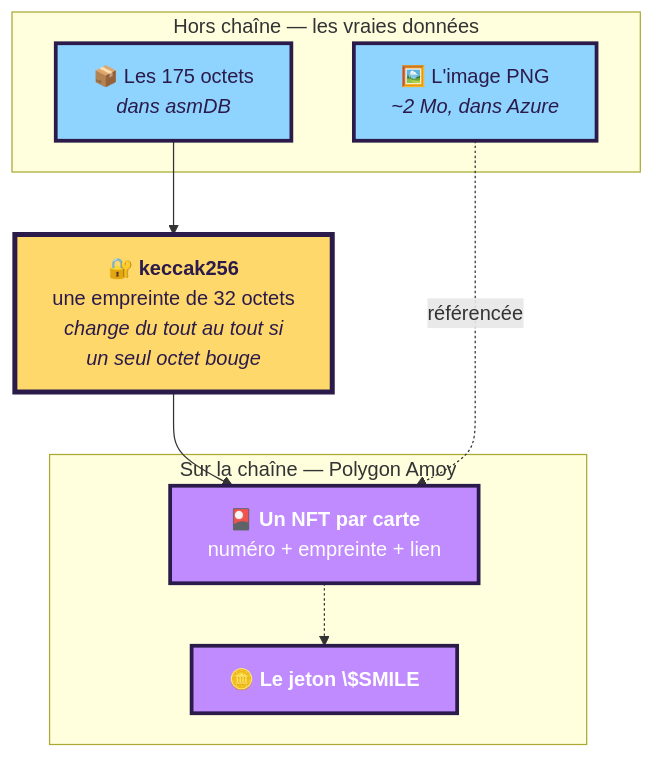
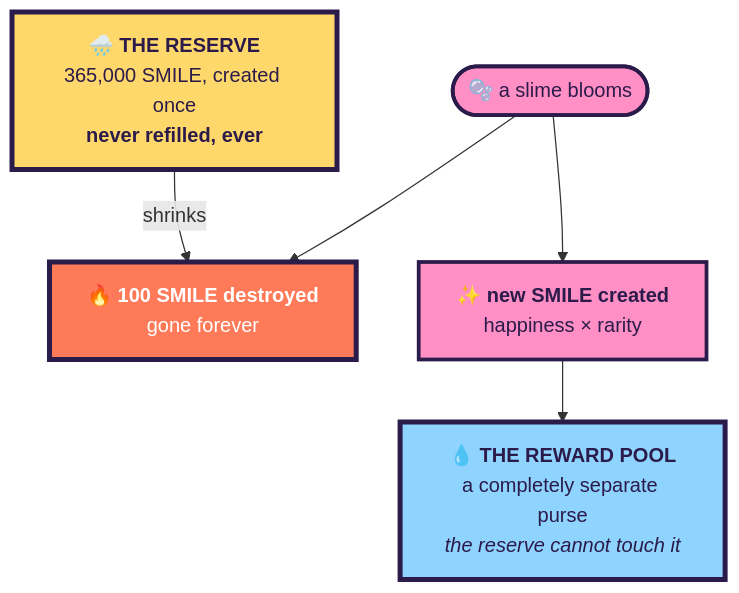
The fourth of 4 diagrams in docs/EASYLEARN.md (fredgis/pixelslime), drawn with Mermaid before and after one commit. The commit also changed other lines of this file and 10 other files, not shown here.

````diff
--- a/docs/EASYLEARN.md
+++ b/docs/EASYLEARN.md
@@ -106,26 +128,21 @@
 ```mermaid
 flowchart TB
-    subgraph OFF["Hors chaîne — les vraies données"]
-      IMG["🖼️ L'image PNG<br/><i>~2 Mo, dans Azure</i>"]
-      DAT["📦 Les 175 octets<br/><i>dans asmDB</i>"]
-    end
+    T["<b>🌧️ THE RESERVE</b><br/>365,000 SMILE, created once<br/><b>never refilled, ever</b>"]
+    B(["🫧 a slime blooms"])
+    BURN["🔥 <b>100 SMILE destroyed</b><br/>gone forever"]
+    MINT["✨ <b>new SMILE created</b><br/>happiness × rarity"]
+    POOL["<b>💧 THE REWARD POOL</b><br/>a completely separate purse<br/><i>the reserve cannot touch it</i>"]
 
-    HASH["🔐 <b>keccak256</b><br/>une empreinte de 32 octets<br/><i>change du tout au tout si<br/>un seul octet bouge</i>"]
+    B --> BURN
+    T -->|shrinks| BURN
+    B --> MINT --> POOL
 
-    subgraph ON["Sur la chaîne — Polygon Amoy"]
-      NFT["🎴 <b>Un NFT par carte</b><br/>numéro + empreinte + lien"]
-      TOK["🪙 <b>Le jeton \$SMILE</b>"]
-    end
-
-    DAT --> HASH --> NFT
-    IMG -.->|référencée| NFT
-    NFT -.-> TOK
-
-    classDef off  fill:#8FD3FF,stroke:#2B1B4A,stroke-width:3px,color:#2B1B4A
-    classDef h    fill:#FFD86B,stroke:#2B1B4A,stroke-width:4px,color:#2B1B4A
-    classDef on   fill:#C08BFF,stroke:#2B1B4A,stroke-width:3px,color:#FFFFFF
-
-    class IMG,DAT off
-    class HASH h
-    class NFT,TOK on
+    classDef res  fill:#FFD86B,stroke:#2B1B4A,stroke-width:4px,color:#2B1B4A
+    classDef blm  fill:#FF8FC5,stroke:#2B1B4A,stroke-width:3px,color:#2B1B4A
+    classDef fire fill:#FF7A59,stroke:#2B1B4A,stroke-width:4px,color:#FFFFFF
+    classDef pool fill:#8FD3FF,stroke:#2B1B4A,stroke-width:4px,color:#2B1B4A
+    class T res
+    class B,MINT blm
+    class BURN fire
+    class POOL pool
 ```
````
